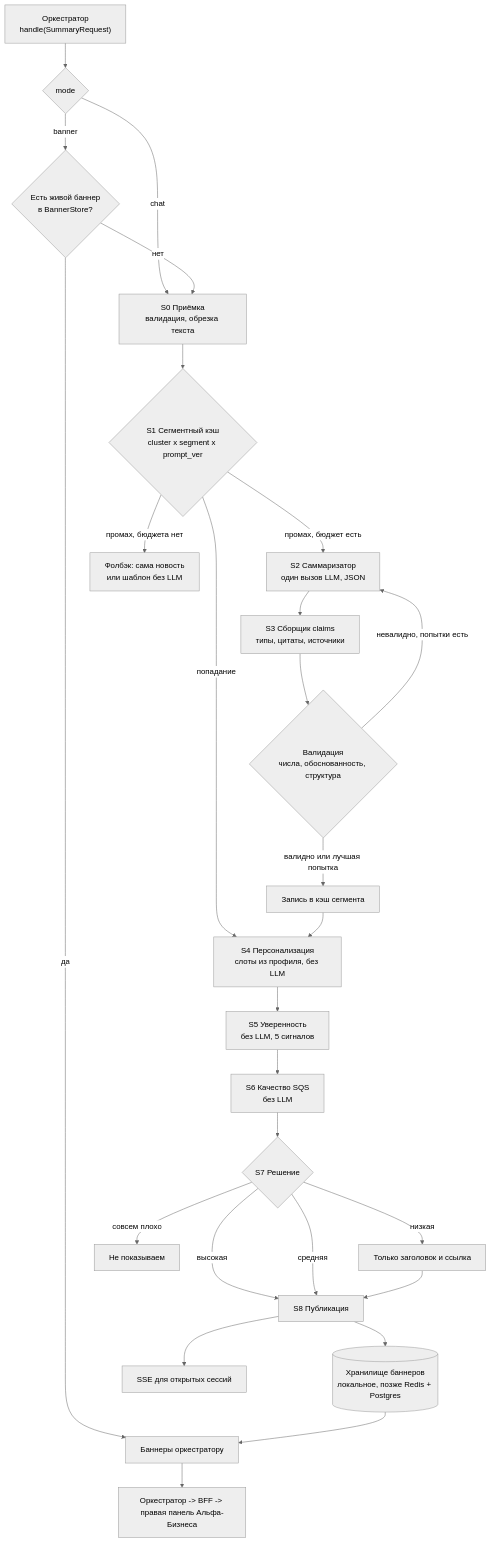
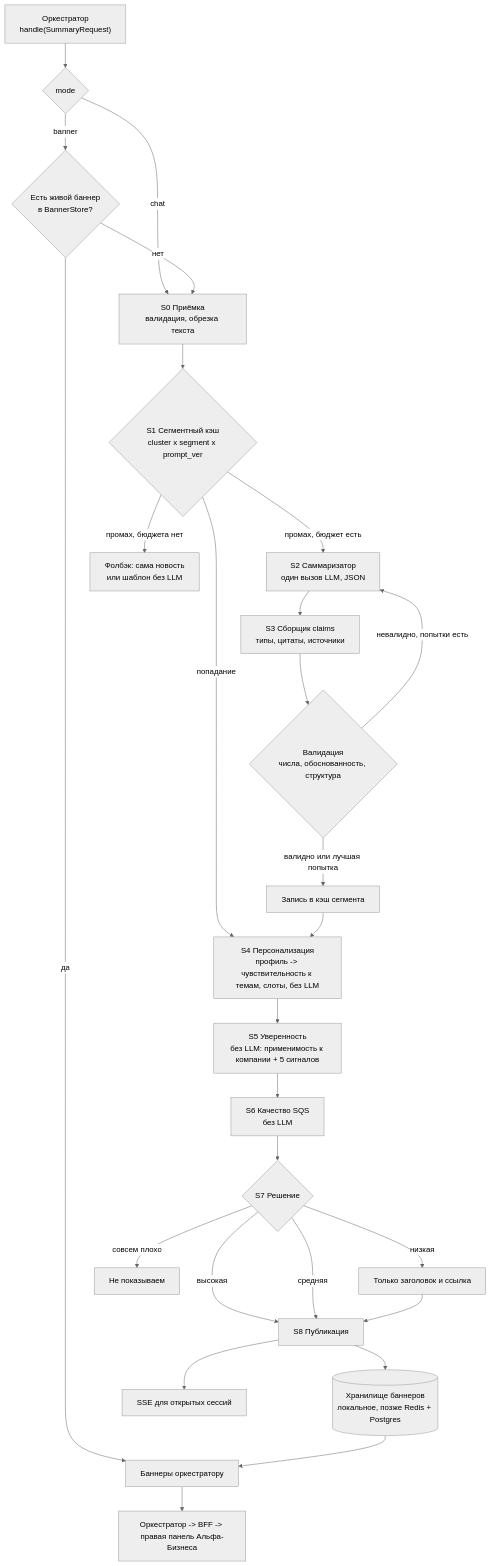
The diagram in src/summary_branch/summary-branch-dataflow.md (neF1anders/alpha-business), drawn with Mermaid (neutral theme) before and after one commit. The commit also changed other lines of this file and 30 other files, not shown here.

````diff
--- a/src/summary_branch/summary-branch-dataflow.md
+++ b/src/summary_branch/summary-branch-dataflow.md
@@ -21,28 +21,28 @@
 ```mermaid
 flowchart TB
     ORC["Оркестратор<br/>handle(SummaryRequest)"] --> H{"mode"}
     H -->|chat| S0
     H -->|banner| ST0{"Есть живой баннер<br/>в BannerStore?"}
     ST0 -->|да| OUT["Баннеры оркестратору"]
     ST0 -->|нет| S0["S0 Приёмка<br/>валидация, обрезка текста"]
     S0 --> S1{"S1 Сегментный кэш<br/>cluster x segment x prompt_ver"}
     S1 -->|попадание| S4
     S1 -->|промах, бюджет есть| S2["S2 Саммаризатор<br/>один вызов LLM, JSON"]
     S1 -->|промах, бюджета нет| FB["Фолбэк: сама новость<br/>или шаблон без LLM"]
     S2 --> S3["S3 Сборщик claims<br/>типы, цитаты, источники"]
     S3 --> V{"Валидация<br/>числа, обоснованность, структура"}
     V -->|невалидно, попытки есть| S2
     V -->|валидно или лучшая попытка| S3b["Запись в кэш сегмента"]
-    S3b --> S4["S4 Персонализация<br/>слоты из профиля, без LLM"]
-    S4 --> S5["S5 Уверенность<br/>без LLM, 5 сигналов"]
+    S3b --> S4["S4 Персонализация<br/>профиль -> чувствительность к темам, слоты, без LLM"]
+    S4 --> S5["S5 Уверенность<br/>без LLM: применимость к компании + 5 сигналов"]
     S5 --> S6["S6 Качество SQS<br/>без LLM"]
     S6 --> S7{"S7 Решение"}
     S7 -->|высокая| PUB
     S7 -->|средняя| PUB
     S7 -->|низкая| RAW["Только заголовок и ссылка"] --> PUB
     S7 -->|совсем плохо| DROP["Не показываем"]
     PUB["S8 Публикация"] --> STORE[("Хранилище баннеров<br/>локальное, позже Redis + Postgres")]
     PUB --> SSE["SSE для открытых сессий"]
     STORE --> OUT
     OUT --> UI["Оркестратор -> BFF -> правая панель Альфа-Бизнеса"]
 ```
````
